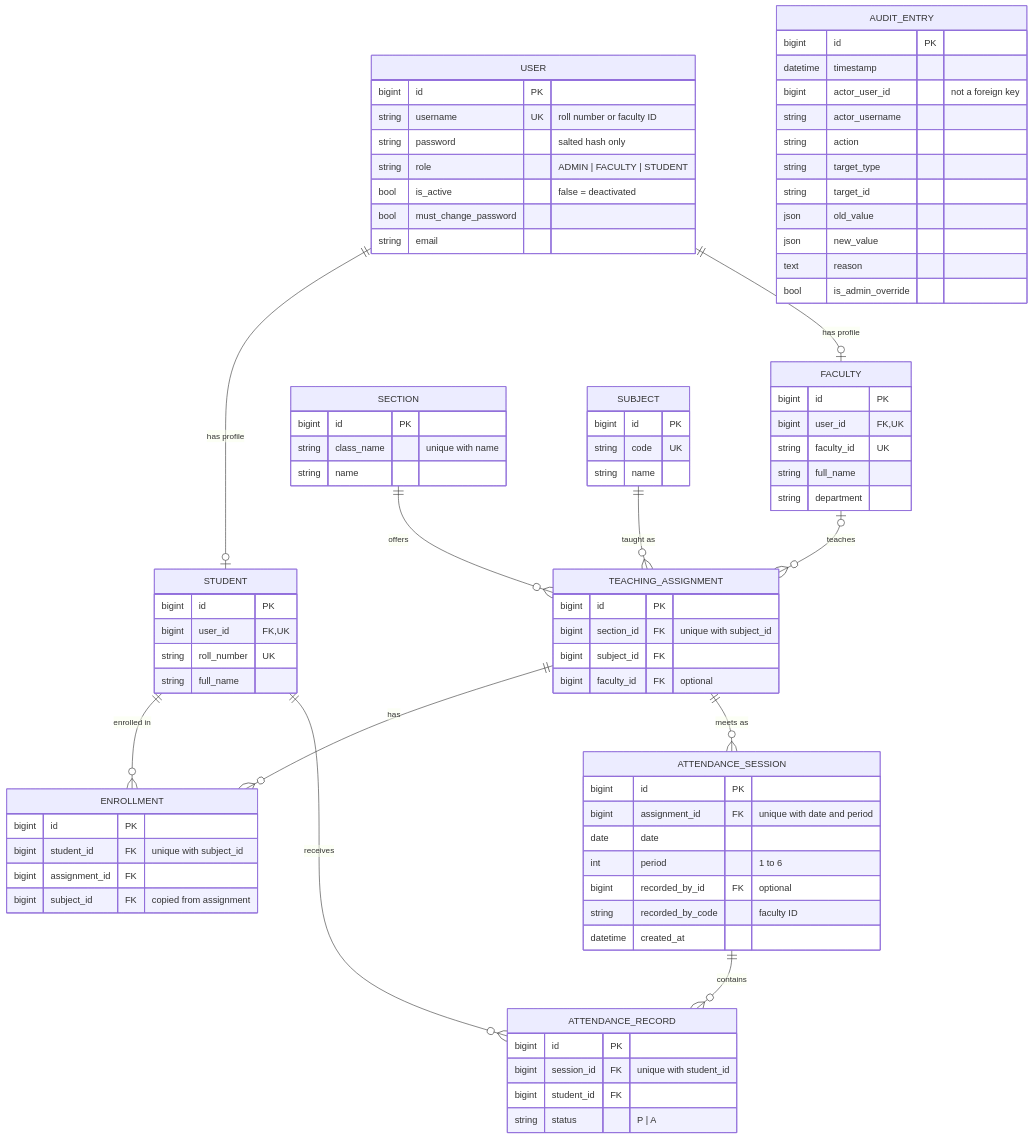
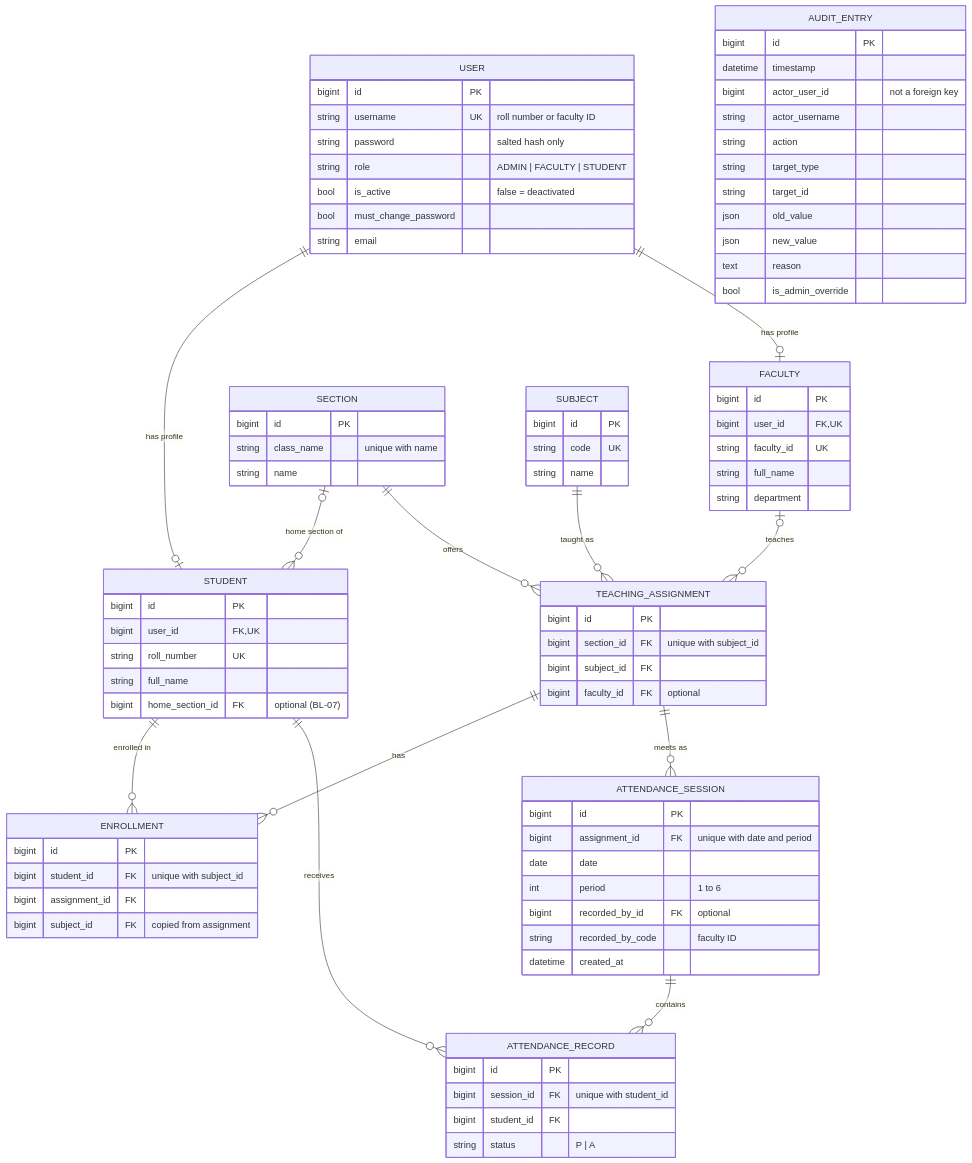
The diagram in Documents/BL-03_Database_Schema.md (Harsha-Kamaraj/Student-Attendance-Management-System), drawn with Mermaid before and after one commit. The commit also changed other lines of this file, not shown here.

Commit message:
Docs: Add student home section to the BL-03 schema

```diff
--- a/Documents/BL-03_Database_Schema.md
+++ b/Documents/BL-03_Database_Schema.md
@@ -8,6 +8,7 @@
 erDiagram
     USER ||--o| STUDENT : "has profile"
     USER ||--o| FACULTY : "has profile"
+    SECTION |o--o{ STUDENT : "home section of"
     SECTION ||--o{ TEACHING_ASSIGNMENT : offers
     SUBJECT ||--o{ TEACHING_ASSIGNMENT : "taught as"
     FACULTY |o--o{ TEACHING_ASSIGNMENT : teaches
@@ -31,6 +32,7 @@
         bigint user_id FK,UK
         string roll_number UK
         string full_name
+        bigint home_section_id FK "optional (BL-07)"
     }
     FACULTY {
         bigint id PK
```
